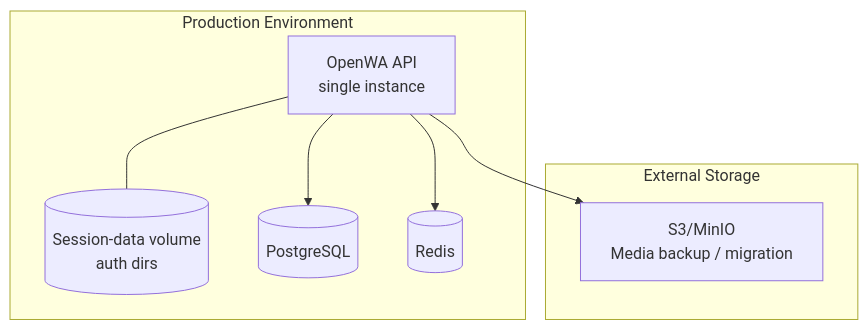
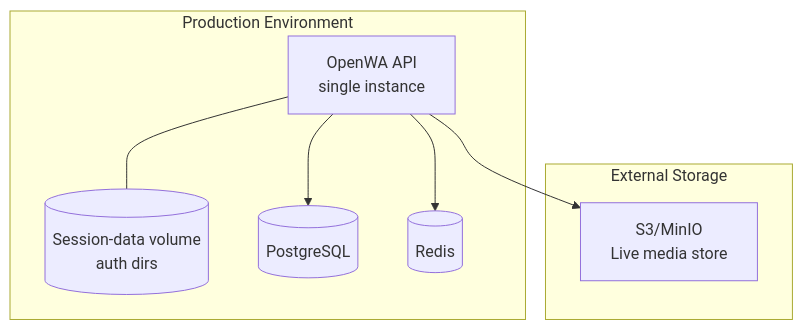
Diagram 15 of 24 in ventiq_admin_app/docs_wapi/03-system-architecture.md (Carnaval-Team/VentIQ-seller-App), drawn with Mermaid before and after one commit. The commit also changed other lines of this file and 65 other files, not shown here.

````diff
--- a/ventiq_admin_app/docs_wapi/03-system-architecture.md
+++ b/ventiq_admin_app/docs_wapi/03-system-architecture.md
@@ -650,17 +662,17 @@
 ```mermaid
 flowchart TB
     subgraph Production["Production Environment"]
         API[OpenWA API<br/>single instance]
         VOL[(Session-data volume<br/>auth dirs)]
 
         API --- VOL
         API --> DB[(PostgreSQL)]
         API --> REDIS[(Redis)]
     end
 
     subgraph Storage["External Storage"]
-        S3[S3/MinIO<br/>Media backup / migration]
+        S3[S3/MinIO<br/>Live media store]
     end
 
     API --> S3
 ```
````
